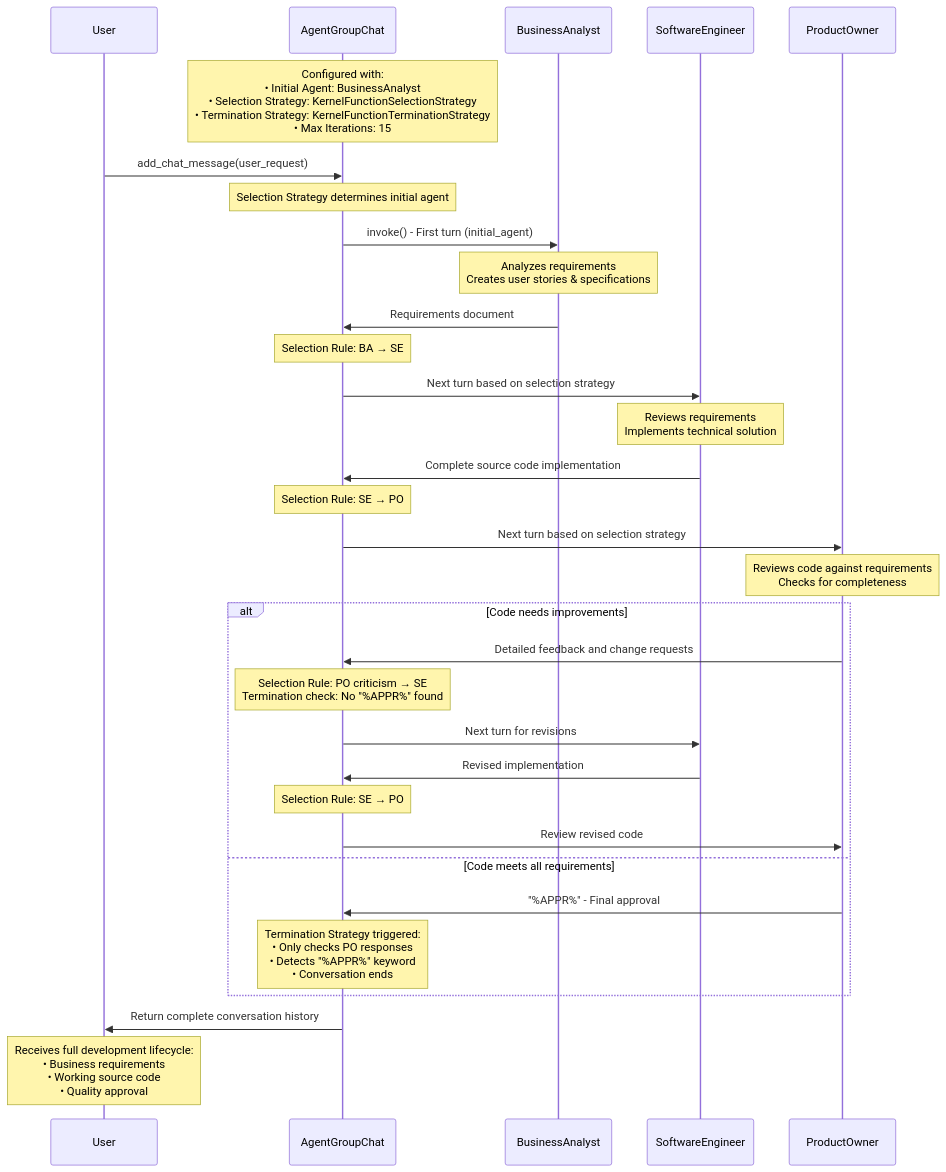
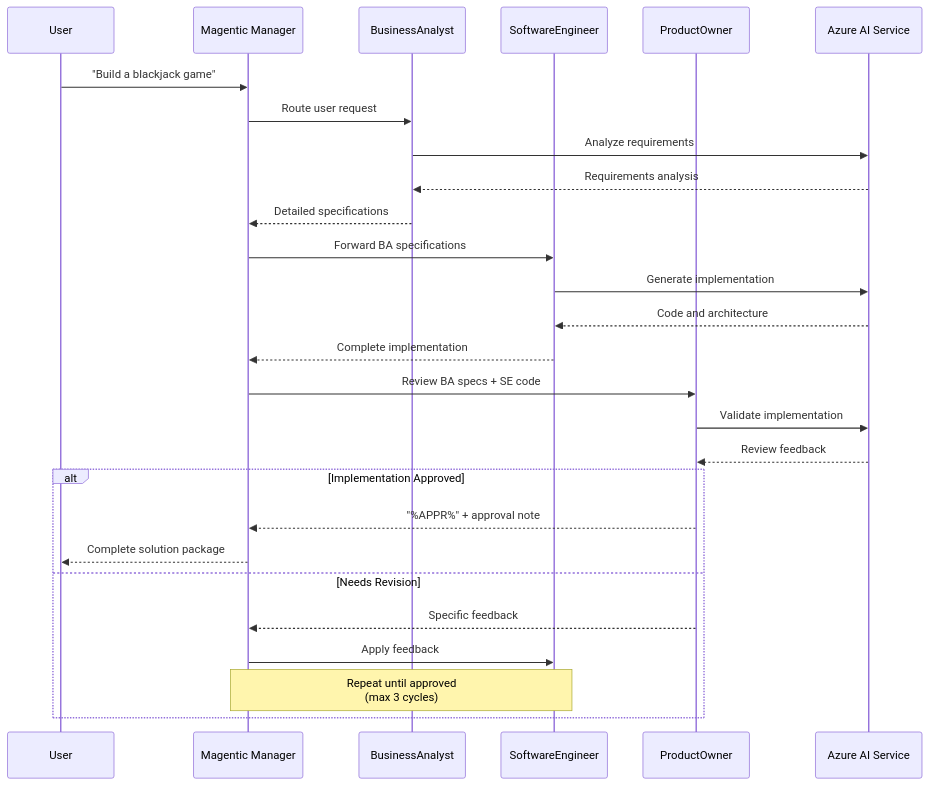
Before and after one commit to microsoft/ai-developer: the second of 2 diagrams in Python/challenges/Challenge-08.md, drawn with Mermaid. The commit also changed other lines of this file and 3 other files, not shown here.

````diff
--- a/Python/challenges/Challenge-08.md
+++ b/Python/challenges/Challenge-08.md
@@ -253,42 +296,33 @@
 ```mermaid
 sequenceDiagram
-    participant User
-    participant GroupChat as AgentGroupChat
+    participant U as User
+    participant M as Magentic Manager
     participant BA as BusinessAnalyst
-    participant SE as SoftwareEngineer  
+    participant SE as SoftwareEngineer
     participant PO as ProductOwner
+    participant AI as Azure AI Service
     
-    Note over GroupChat: Configured with:<br/>• Initial Agent: BusinessAnalyst<br/>• Selection Strategy: KernelFunctionSelectionStrategy<br/>• Termination Strategy: KernelFunctionTerminationStrategy<br/>• Max Iterations: 15
+    U->>M: "Build a blackjack game"
+    M->>BA: Route user request
+    BA->>AI: Analyze requirements
+    AI-->>BA: Requirements analysis
+    BA-->>M: Detailed specifications
     
-    User->>GroupChat: add_chat_message(user_request)
-    Note over GroupChat: Selection Strategy determines initial agent
+    M->>SE: Forward BA specifications
+    SE->>AI: Generate implementation
+    AI-->>SE: Code and architecture
+    SE-->>M: Complete implementation
     
-    GroupChat->>BA: invoke() - First turn (initial_agent)
-    Note over BA: Analyzes requirements<br/>Creates user stories & specifications
-    BA->>GroupChat: Requirements document
+    M->>PO: Review BA specs + SE code
+    PO->>AI: Validate implementation
+    AI-->>PO: Review feedback
     
-    Note over GroupChat: Selection Rule: BA → SE
-    GroupChat->>SE: Next turn based on selection strategy
-    Note over SE: Reviews requirements<br/>Implements technical solution
-    SE->>GroupChat: Complete source code implementation
-    
-    Note over GroupChat: Selection Rule: SE → PO
-    GroupChat->>PO: Next turn based on selection strategy
-    Note over PO: Reviews code against requirements<br/>Checks for completeness
-    
-    alt Code needs improvements
-        PO->>GroupChat: Detailed feedback and change requests
-        Note over GroupChat: Selection Rule: PO criticism → SE<br/>Termination check: No "%APPR%" found
-        GroupChat->>SE: Next turn for revisions
-        SE->>GroupChat: Revised implementation
-        Note over GroupChat: Selection Rule: SE → PO
-        GroupChat->>PO: Review revised code
-    else Code meets all requirements
-        PO->>GroupChat: "%APPR%" - Final approval
-        Note over GroupChat: Termination Strategy triggered:<br/>• Only checks PO responses<br/>• Detects "%APPR%" keyword<br/>• Conversation ends
+    alt Implementation Approved
+        PO-->>M: "%APPR%" + approval note
+        M-->>U: Complete solution package
+    else Needs Revision
+        PO-->>M: Specific feedback
+        M->>SE: Apply feedback
+        Note over M,SE: Repeat until approved<br/>(max 3 cycles)
     end
-    
-    GroupChat->>User: Return complete conversation history
-    
-    Note over User: Receives full development lifecycle:<br/>• Business requirements<br/>• Working source code<br/>• Quality approval
 ```
````
